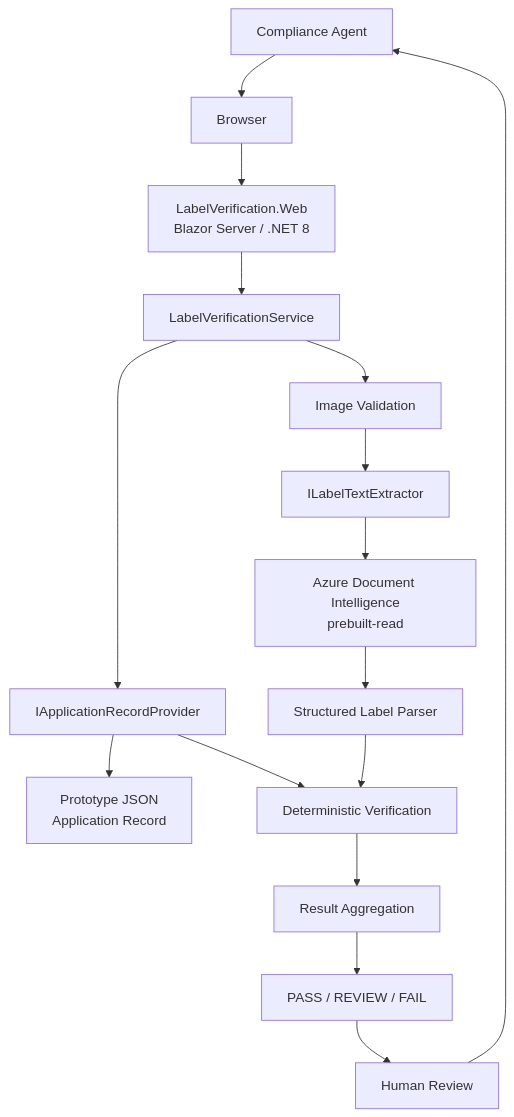
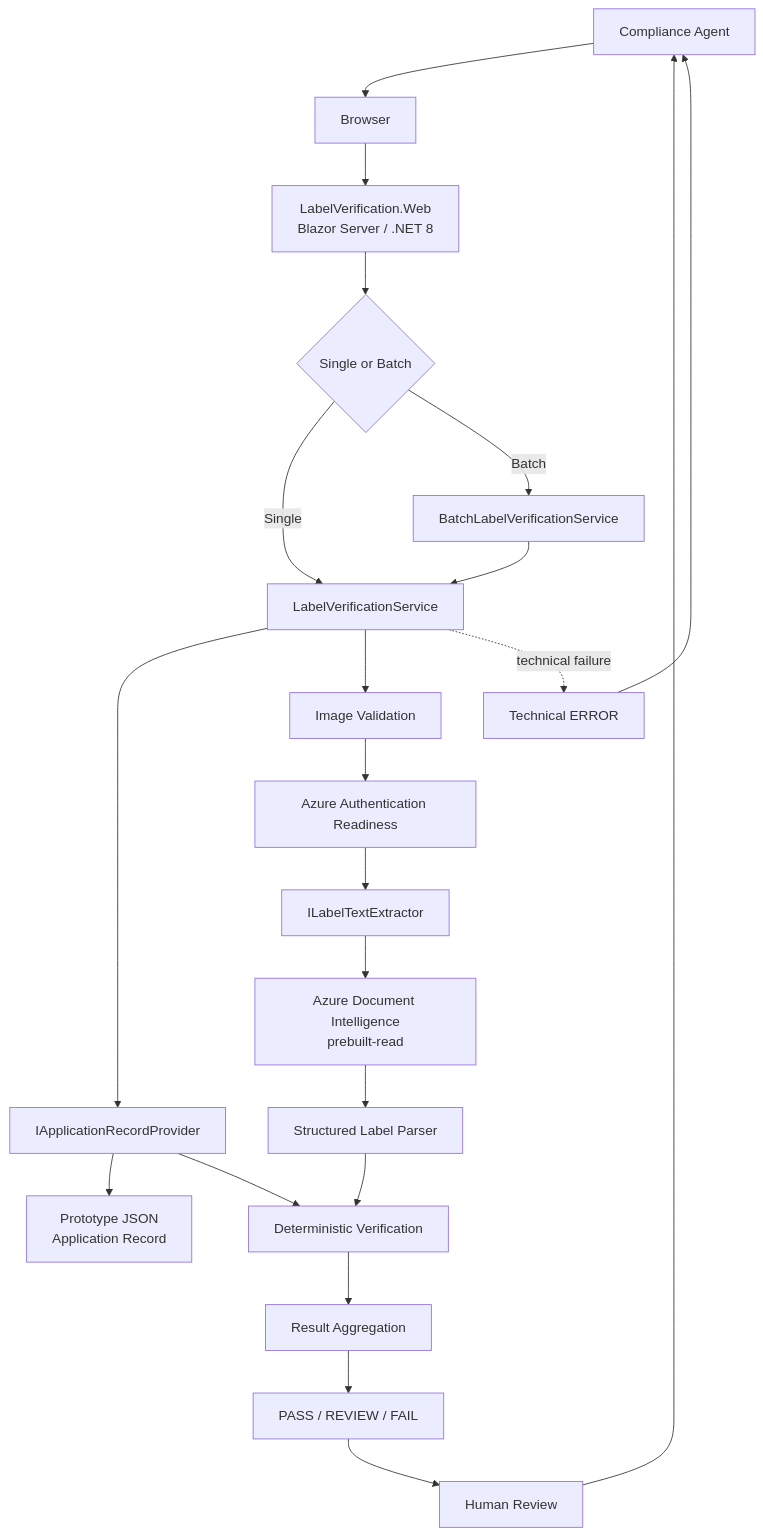
Before and after one commit to rawamba/ttb-ai-label-verification: the first of 7 diagrams in docs/architecture.md, drawn with Mermaid. The commit also changed other lines of this file and 26 other files, not shown here.

Commit message:
feat: add bounded batch label verification AB#258 (#27)

````diff
--- a/docs/architecture.md
+++ b/docs/architecture.md
@@ -46,37 +66,50 @@
 ```mermaid
 flowchart TD
     Agent["Compliance Agent"]
     Browser["Browser"]
     Web["LabelVerification.Web<br/>Blazor Server / .NET 8"]
+    Mode{"Single or Batch"}
+    Batch["BatchLabelVerificationService"]
     Workflow["LabelVerificationService"]
     AppAdapter["IApplicationRecordProvider"]
     Json["Prototype JSON<br/>Application Record"]
     Validator["Image Validation"]
+    Auth["Azure Authentication Readiness"]
     OCRBoundary["ILabelTextExtractor"]
     AzureDI["Azure Document Intelligence<br/>prebuilt-read"]
     Parser["Structured Label Parser"]
     Rules["Deterministic Verification"]
     Aggregate["Result Aggregation"]
     Result["PASS / REVIEW / FAIL"]
+    Error["Technical ERROR"]
     Human["Human Review"]
 
     Agent --> Browser
     Browser --> Web
-    Web --> Workflow
+    Web --> Mode
+
+    Mode -->|Single| Workflow
+    Mode -->|Batch| Batch
+    Batch --> Workflow
 
     Workflow --> AppAdapter
     AppAdapter --> Json
 
     Workflow --> Validator
-    Validator --> OCRBoundary
+    Validator --> Auth
+    Auth --> OCRBoundary
     OCRBoundary --> AzureDI
     AzureDI --> Parser
 
     Parser --> Rules
     AppAdapter --> Rules
 
     Rules --> Aggregate
     Aggregate --> Result
+
+    Workflow -. technical failure .-> Error
+
     Result --> Human
     Human --> Agent
+    Error --> Agent
 ```
````
